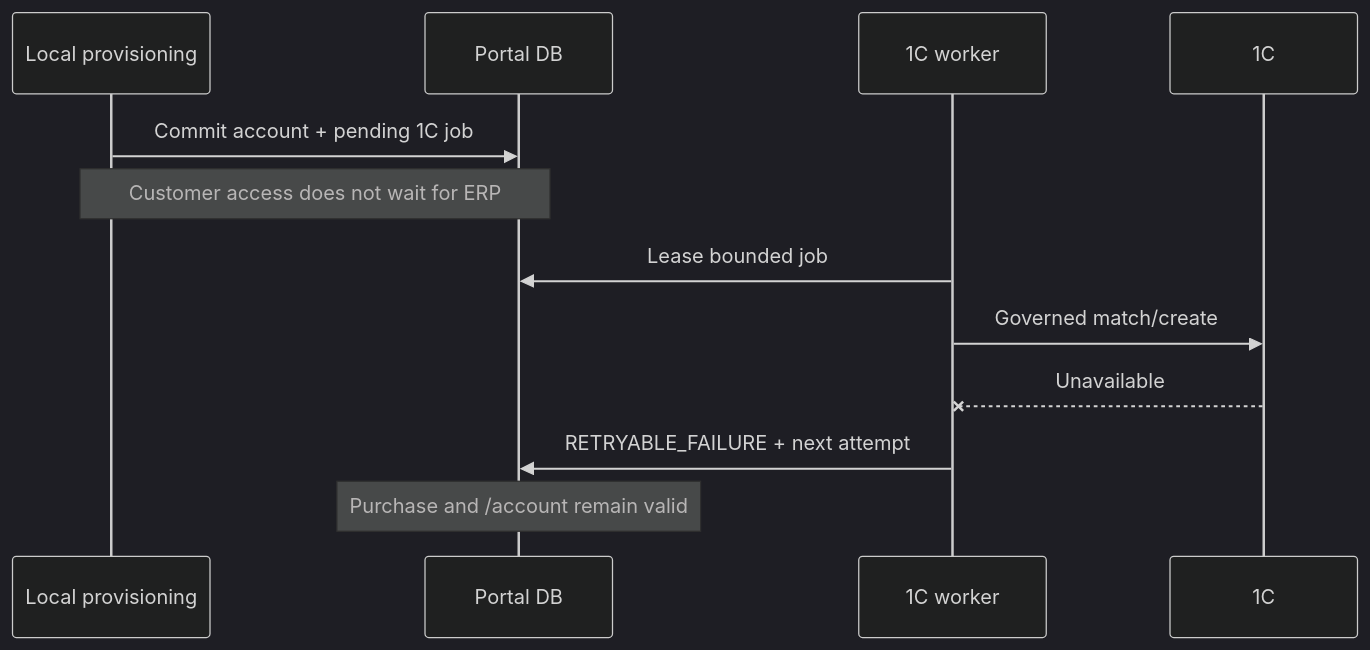
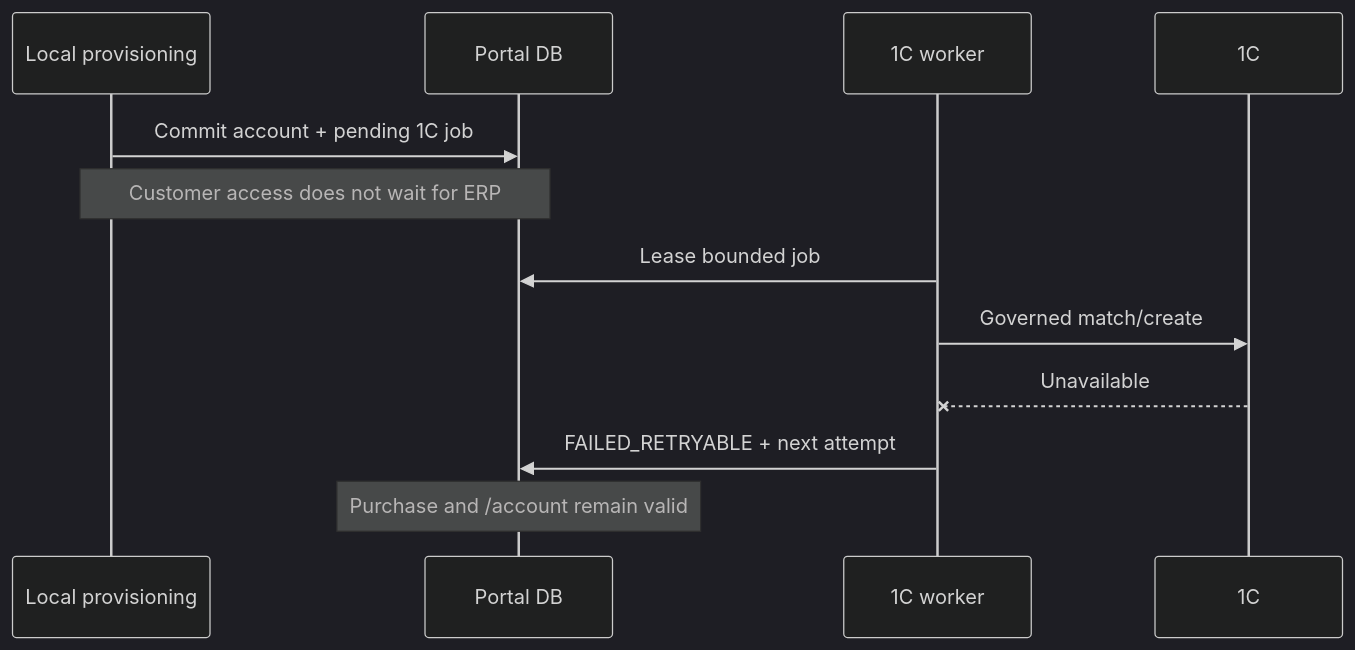
Before and after one commit to thunder-xp/vbc-b2b-portal: the second of 2 diagrams in docs/architecture/FINAL_CUSTOMER_PROVISIONING.md, drawn with Mermaid (dark theme). The commit also changed other lines of this file and 16 other files, not shown here.

````diff
--- a/docs/architecture/FINAL_CUSTOMER_PROVISIONING.md
+++ b/docs/architecture/FINAL_CUSTOMER_PROVISIONING.md
@@ -229,14 +240,14 @@
 ```mermaid
 sequenceDiagram
   participant F as Local provisioning
   participant D as Portal DB
   participant W as 1C worker
   participant E as 1C
   F->>D: Commit account + pending 1C job
   Note over F,D: Customer access does not wait for ERP
   W->>D: Lease bounded job
   W->>E: Governed match/create
   E--xW: Unavailable
-  W->>D: RETRYABLE_FAILURE + next attempt
+  W->>D: FAILED_RETRYABLE + next attempt
   Note over D: Purchase and /account remain valid
 ```
````
